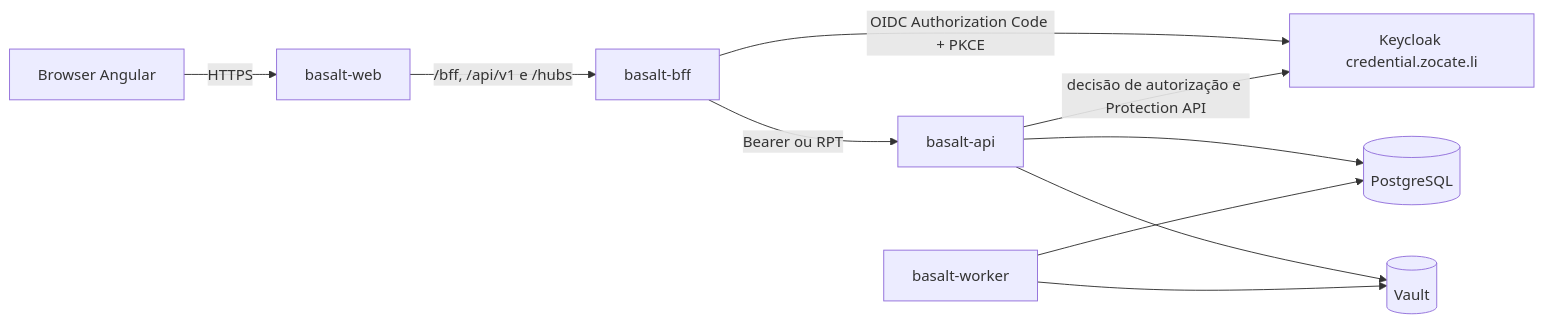
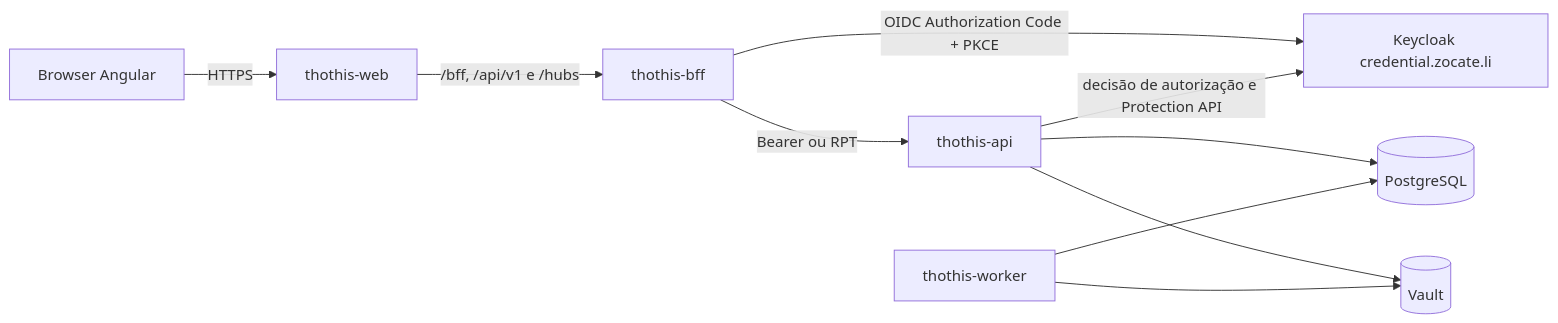
One commit to altivy-it/nodra changed the diagram in docs/plan/bff-keycloak.md. Above: the diagram before and after it, drawn with Mermaid. The commit also changed other lines of this file and 64 other files, not shown here.

````diff
--- a/docs/plan/bff-keycloak.md
+++ b/docs/plan/bff-keycloak.md
@@ -76,12 +76,12 @@
 ```mermaid
 flowchart LR
-    Browser[Browser Angular] -->|HTTPS| Web[basalt-web]
-    Web -->|/bff, /api/v1 e /hubs| Bff[basalt-bff]
+    Browser[Browser Angular] -->|HTTPS| Web[thothis-web]
+    Web -->|/bff, /api/v1 e /hubs| Bff[thothis-bff]
     Bff -->|OIDC Authorization Code + PKCE| Keycloak[Keycloak credential.zocate.li]
-    Bff -->|Bearer ou RPT| Api[basalt-api]
+    Bff -->|Bearer ou RPT| Api[thothis-api]
     Api -->|decisão de autorização e Protection API| Keycloak
     Api --> Postgres[(PostgreSQL)]
     Api --> Vault[(Vault)]
-    Worker[basalt-worker] --> Postgres
+    Worker[thothis-worker] --> Postgres
     Worker --> Vault
 ```
````
